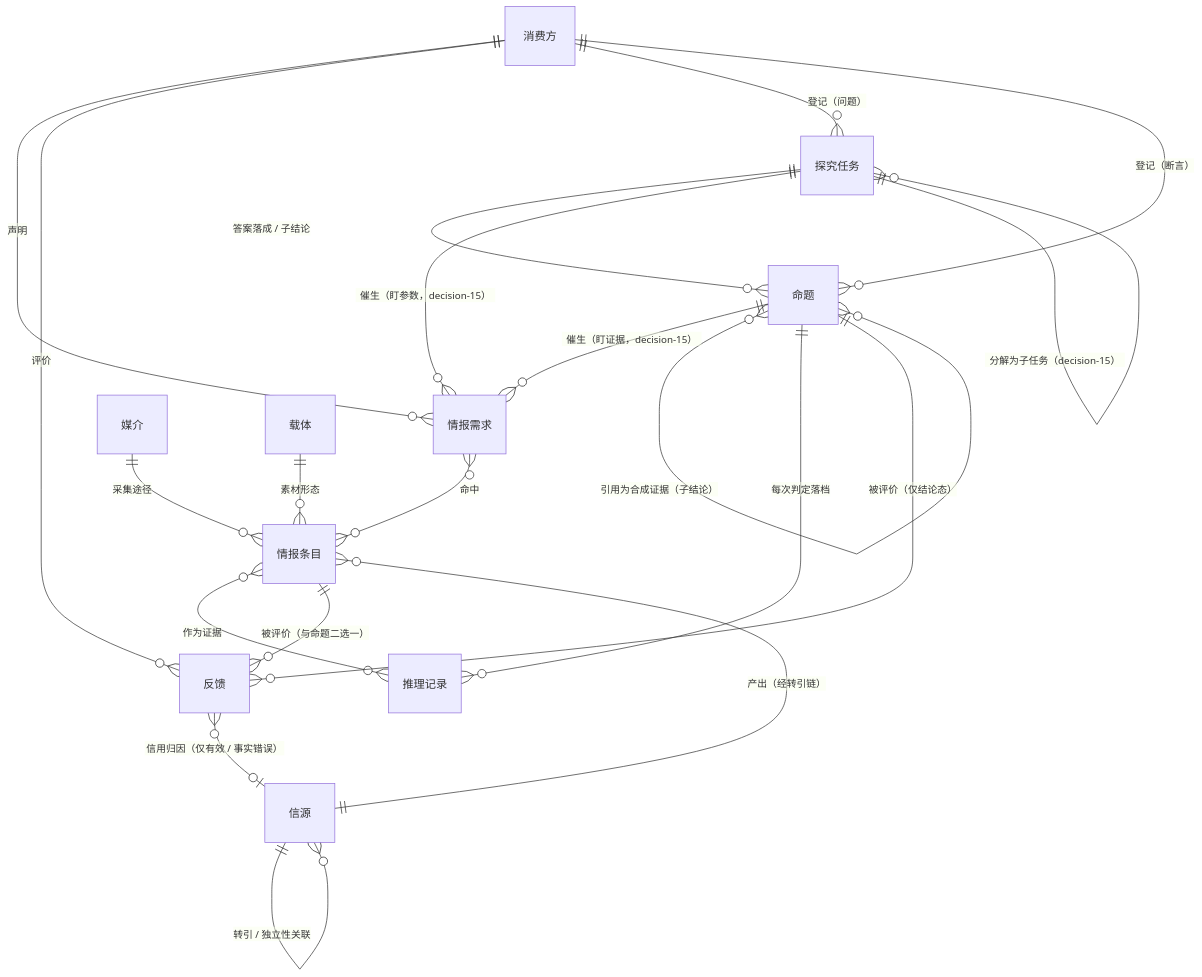
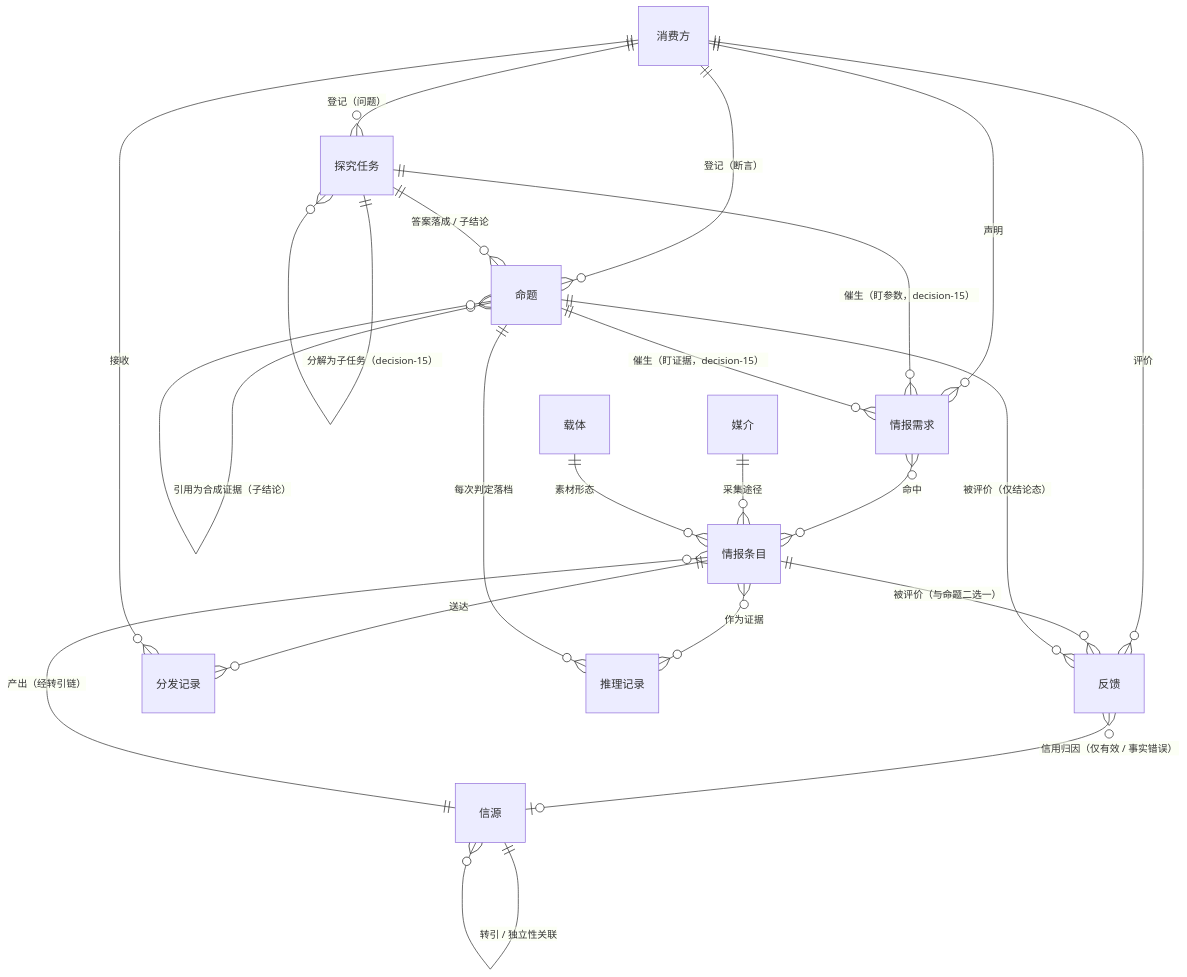
Before and after one commit to leoricmaster/iih: the second of 6 diagrams in backlog/docs/doc-02 - 领域模型-Domain-Model.md, drawn with Mermaid. The commit also changed other lines of this file and 7 other files, not shown here.

````diff
--- a/backlog/docs/doc-02 - 领域模型-Domain-Model.md
+++ b/backlog/docs/doc-02 - 领域模型-Domain-Model.md
@@ -59,22 +59,24 @@
 ```mermaid
 erDiagram
     消费方 ||--o{ 情报需求 : "声明"
     消费方 ||--o{ 反馈 : "评价"
     消费方 ||--o{ 探究任务 : "登记（问题）"
     消费方 ||--o{ 命题 : "登记（断言）"
     探究任务 ||--o{ 命题 : "答案落成 / 子结论"
     探究任务 ||--o{ 情报需求 : "催生（盯参数，decision-15）"
     命题 ||--o{ 情报需求 : "催生（盯证据，decision-15）"
     探究任务 ||--o{ 探究任务 : "分解为子任务（decision-15）"
     命题 }o--o{ 命题 : "引用为合成证据（子结论）"
     情报需求 }o--o{ 情报条目 : "命中"
     媒介 ||--o{ 情报条目 : "采集途径"
     载体 ||--o{ 情报条目 : "素材形态"
     信源 ||--o{ 情报条目 : "产出（经转引链）"
     信源 ||--o{ 信源 : "转引 / 独立性关联"
+    情报条目 ||--o{ 分发记录 : "送达"
+    消费方 ||--o{ 分发记录 : "接收"
     情报条目 }o--o{ 推理记录 : "作为证据"
     命题 ||--o{ 推理记录 : "每次判定落档"
     情报条目 ||--o{ 反馈 : "被评价（与命题二选一）"
     命题 ||--o{ 反馈 : "被评价（仅结论态）"
     反馈 }o--o| 信源 : "信用归因（仅有效 / 事实错误）"
 ```
````
